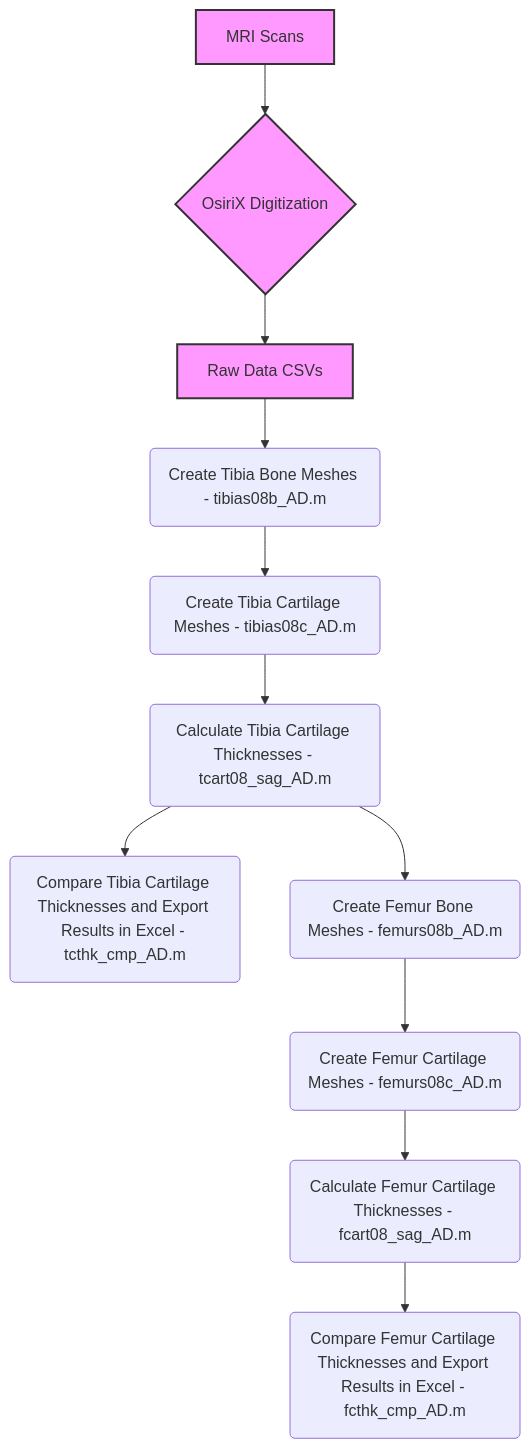
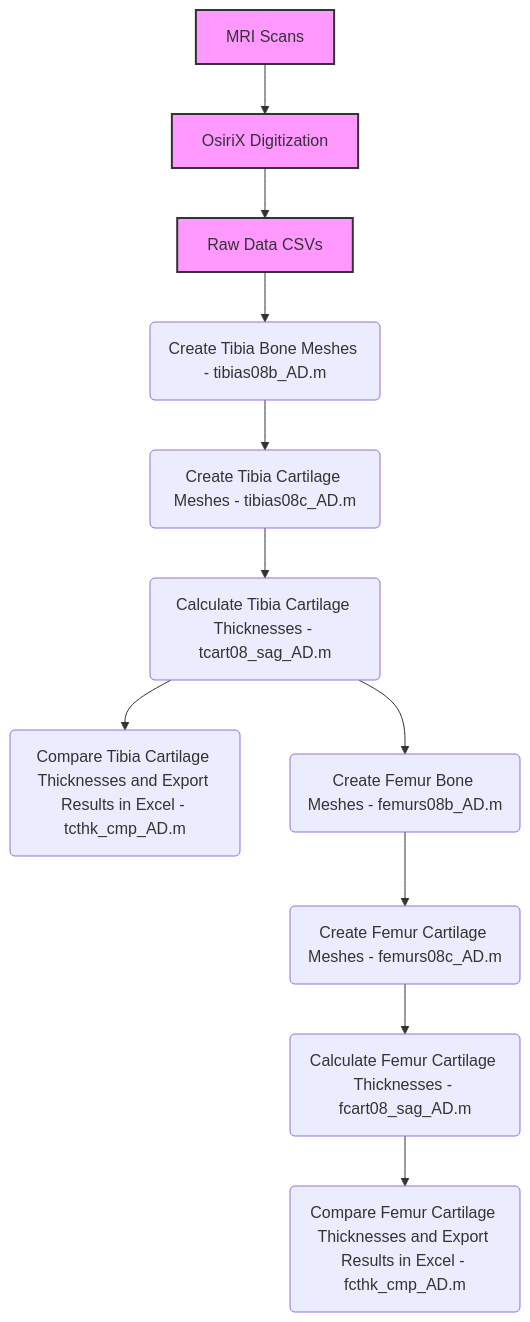
One commit to aarondees1/UVM_MRI_Reliability changed the diagram in README.md. Above: the diagram before and after it, drawn with Mermaid.

````diff
--- a/README.md
+++ b/README.md
@@ -28,19 +28,19 @@
 ```mermaid
 graph TD
-    A[MRI Scans] --> B{OsiriX Digitization}
+    A[MRI Scans] --> B[OsiriX Digitization]
     B --> C[Raw Data CSVs]
 
     C --> D(Create Tibia Bone Meshes - tibias08b_AD.m)
     D --> E(Create Tibia Cartilage Meshes - tibias08c_AD.m)
     E --> F(Calculate Tibia Cartilage Thicknesses - tcart08_sag_AD.m)
     F --> G(Compare Tibia Cartilage Thicknesses and Export Results in Excel - tcthk_cmp_AD.m)
 
     F --> I(Create Femur Bone Meshes - femurs08b_AD.m)
     I --> J(Create Femur Cartilage Meshes - femurs08c_AD.m)
     J --> K(Calculate Femur Cartilage Thicknesses - fcart08_sag_AD.m)
     K --> L(Compare Femur Cartilage Thicknesses and Export Results in Excel - fcthk_cmp_AD.m)
 
     style A fill:#f9f,stroke:#333,stroke-width:2px
     style B fill:#f9f,stroke:#333,stroke-width:2px
     style C fill:#f9f,stroke:#333,stroke-width:2px
 ```
````
